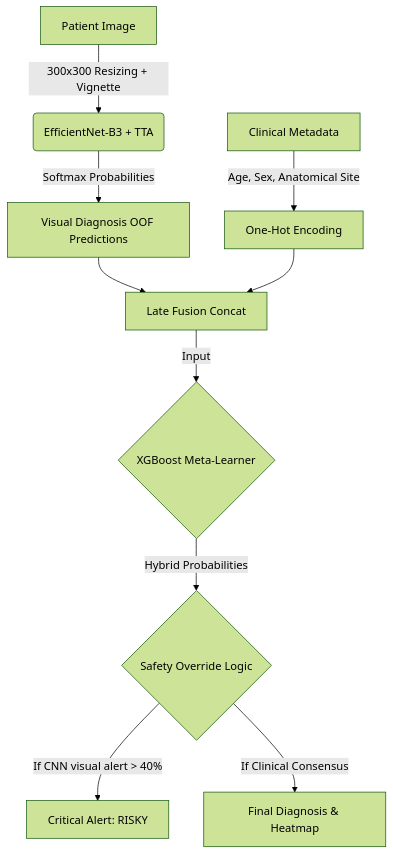
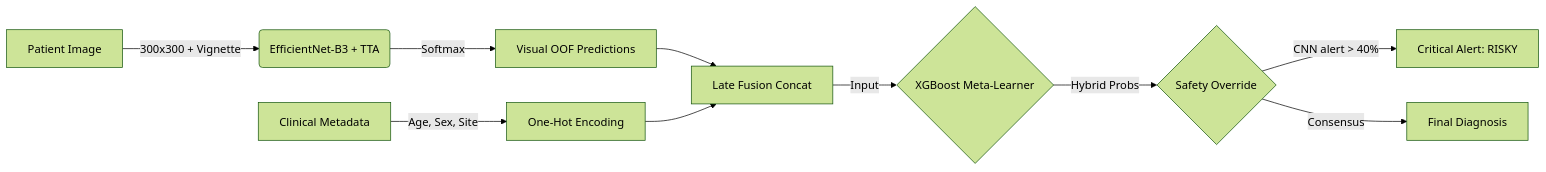
Before and after one commit to fferhatakr/dermai-vision: the diagram in README.md, drawn with Mermaid (forest theme). The commit also changed other lines of this file, not shown here.

````diff
--- a/README.md
+++ b/README.md
@@ -31,12 +31,12 @@
 ```mermaid
-graph TD
-    A[Patient Image] -->|300x300 Resizing + Vignette| B(EfficientNet-B3 + TTA)
-    B -->|Softmax Probabilities| C[Visual Diagnosis OOF Predictions]
-    D[Clinical Metadata] -->|Age, Sex, Anatomical Site| E[One-Hot Encoding]
+graph LR
+    A[Patient Image] -->|300x300 + Vignette| B(EfficientNet-B3 + TTA)
+    B -->|Softmax| C[Visual OOF Predictions]
+    D[Clinical Metadata] -->|Age, Sex, Site| E[One-Hot Encoding]
     C --> F[Late Fusion Concat]
     E --> F
     F -->|Input| G{XGBoost Meta-Learner}
-    G -->|Hybrid Probabilities| H{Safety Override Logic}
-    H -->|If CNN visual alert > 40%| I[Critical Alert: RISKY]
-    H -->|If Clinical Consensus| J[Final Diagnosis & Heatmap]
+    G -->|Hybrid Probs| H{Safety Override}
+    H -->|CNN alert > 40%| I[Critical Alert: RISKY]
+    H -->|Consensus| J[Final Diagnosis]
 ```
````
